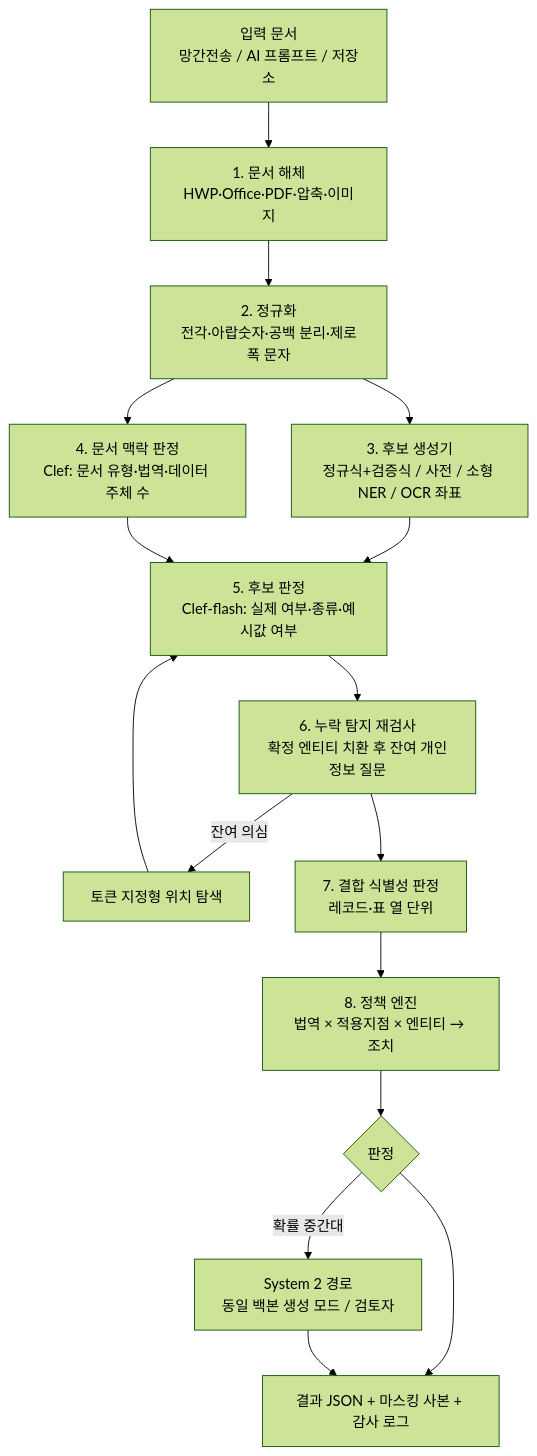
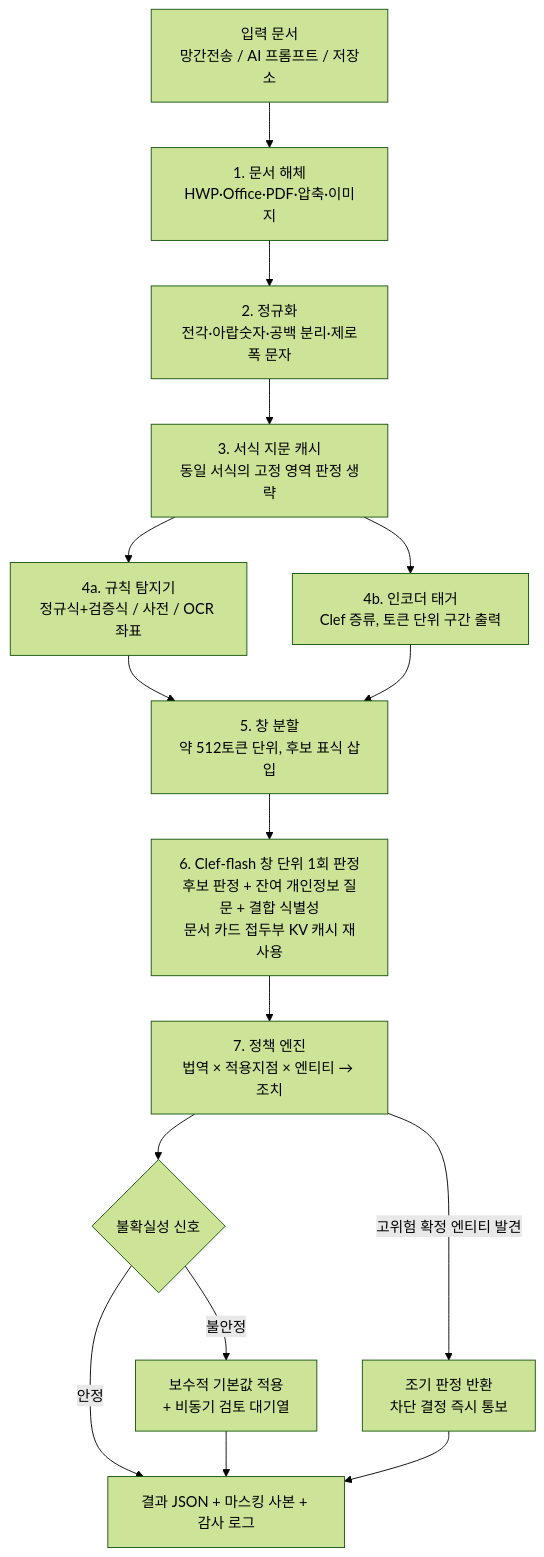
The diagram in docs/PII_DETECTION_PROPOSAL.md (eroun-ai/N2SF), drawn with Mermaid (forest theme) before and after one commit. The commit also changed other lines of this file, not shown here.

First line of the commit message:
Remove decoder (System 2) from the decision path in PII proposal

````diff
--- a/docs/PII_DETECTION_PROPOSAL.md
+++ b/docs/PII_DETECTION_PROPOSAL.md
@@ -73,18 +78,18 @@
 ```mermaid
 flowchart TD
     A[입력 문서<br/>망간전송 / AI 프롬프트 / 저장소] --> B[1. 문서 해체<br/>HWP·Office·PDF·압축·이미지]
     B --> C[2. 정규화<br/>전각·아랍숫자·공백 분리·제로폭 문자]
-    C --> D[3. 후보 생성기<br/>정규식+검증식 / 사전 / 소형 NER / OCR 좌표]
-    C --> E[4. 문서 맥락 판정<br/>Clef: 문서 유형·법역·데이터 주체 수]
-    D --> F[5. 후보 판정<br/>Clef-flash: 실제 여부·종류·예시값 여부]
-    E --> F
-    F --> G[6. 누락 탐지 재검사<br/>확정 엔티티 치환 후 잔여 개인정보 질문]
-    G -->|잔여 의심| H[토큰 지정형 위치 탐색]
-    H --> F
-    G --> I[7. 결합 식별성 판정<br/>레코드·표 열 단위]
-    I --> J[8. 정책 엔진<br/>법역 × 적용지점 × 엔티티 → 조치]
-    J --> K{판정}
-    K -->|확률 중간대| L[System 2 경로<br/>동일 백본 생성 모드 / 검토자]
-    K --> M[결과 JSON + 마스킹 사본 + 감사 로그]
+    C --> X[3. 서식 지문 캐시<br/>동일 서식의 고정 영역 판정 생략]
+    X --> D[4a. 규칙 탐지기<br/>정규식+검증식 / 사전 / OCR 좌표]
+    X --> T[4b. 인코더 태거<br/>Clef 증류, 토큰 단위 구간 출력]
+    D --> W[5. 창 분할<br/>약 512토큰 단위, 후보 표식 삽입]
+    T --> W
+    W --> F[6. Clef-flash 창 단위 1회 판정<br/>후보 판정 + 잔여 개인정보 질문 + 결합 식별성<br/>문서 카드 접두부 KV 캐시 재사용]
+    F --> J[7. 정책 엔진<br/>법역 × 적용지점 × 엔티티 → 조치]
+    J -->|고위험 확정 엔티티 발견| E[조기 판정 반환<br/>차단 결정 즉시 통보]
+    J --> K{불확실성 신호}
+    K -->|안정| M[결과 JSON + 마스킹 사본 + 감사 로그]
+    K -->|불안정| L[보수적 기본값 적용<br/>+ 비동기 검토 대기열]
     L --> M
+    E --> M
 ```
````
